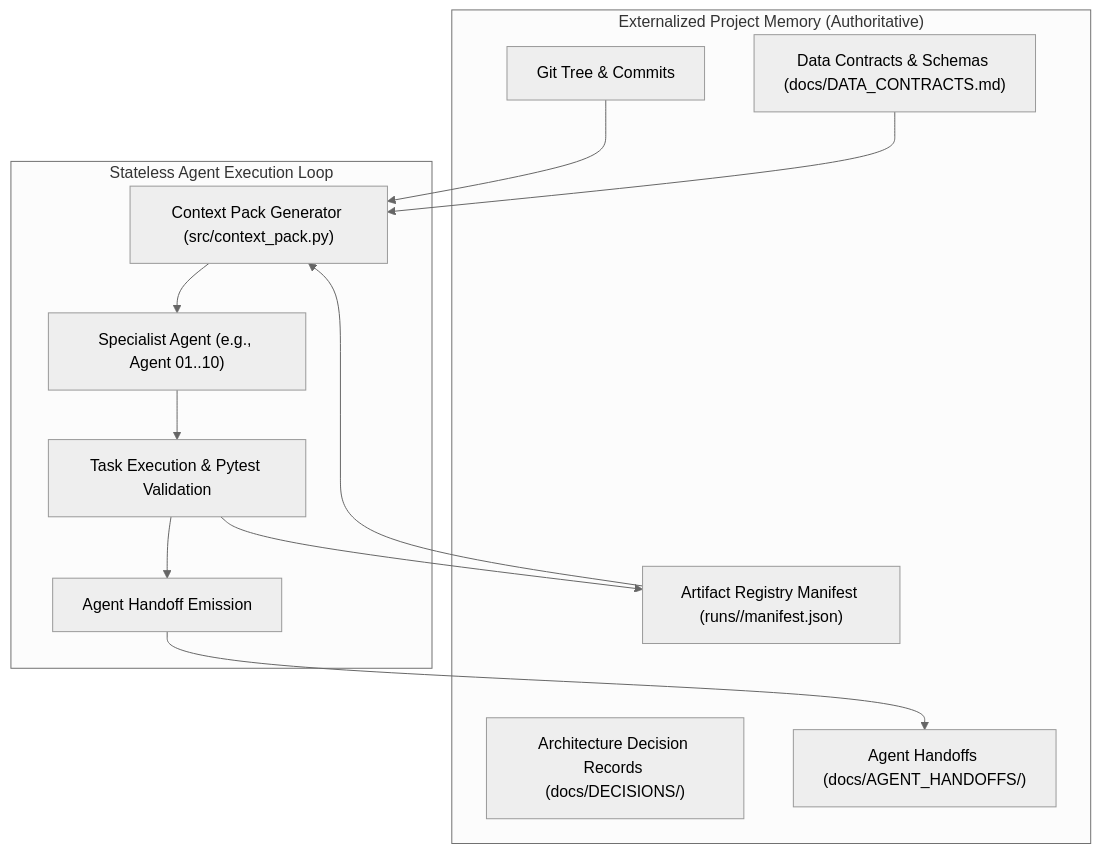
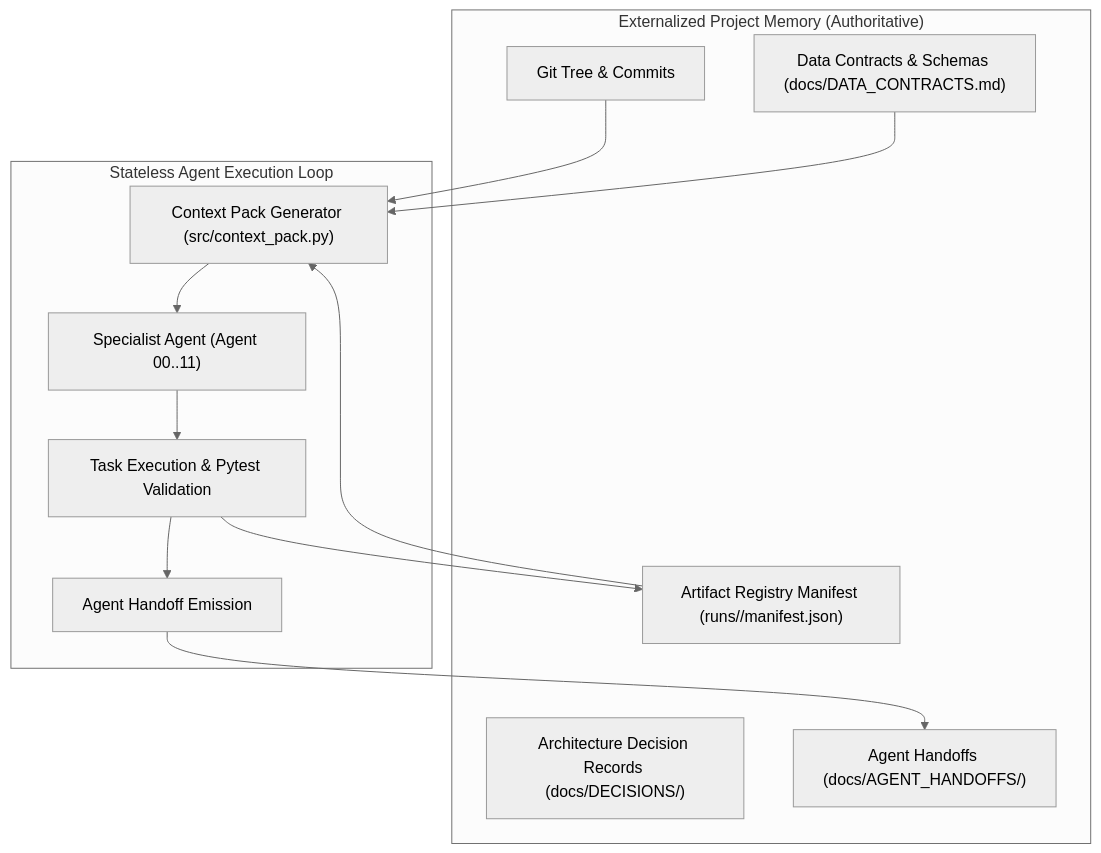
One commit to necantis/HFG changed the diagram in docs/ARCHITECTURE.md. Above: the diagram before and after it, drawn with Mermaid (neutral theme). The commit also changed other lines of this file and 27 other files, not shown here.

Commit message:
feat(architecture): reconcile persistent memory layer with 12-agent architecture and PreferenceCell contract

````diff
--- a/docs/ARCHITECTURE.md
+++ b/docs/ARCHITECTURE.md
@@ -13,26 +14,26 @@
 ```mermaid
 flowchart TD
     subgraph PersistentMemory["Externalized Project Memory (Authoritative)"]
         GIT["Git Tree & Commits"]
         ADR["Architecture Decision Records (docs/DECISIONS/)"]
         CONTRACTS["Data Contracts & Schemas (docs/DATA_CONTRACTS.md)"]
         REGISTRY["Artifact Registry Manifest (runs/<run_id>/manifest.json)"]
         HANDOFFS["Agent Handoffs (docs/AGENT_HANDOFFS/)"]
     end
 
     subgraph AgentRuntime["Stateless Agent Execution Loop"]
         CPACK["Context Pack Generator (src/context_pack.py)"]
-        AGENT["Specialist Agent (e.g., Agent 01..10)"]
+        AGENT["Specialist Agent (Agent 00..11)"]
         EXEC["Task Execution & Pytest Validation"]
         HANDOFF_OUT["Agent Handoff Emission"]
     end
 
     GIT --> CPACK
     CONTRACTS --> CPACK
     REGISTRY --> CPACK
     CPACK --> AGENT
     AGENT --> EXEC
     EXEC --> REGISTRY
     EXEC --> HANDOFF_OUT
     HANDOFF_OUT --> HANDOFFS
 ```
````
